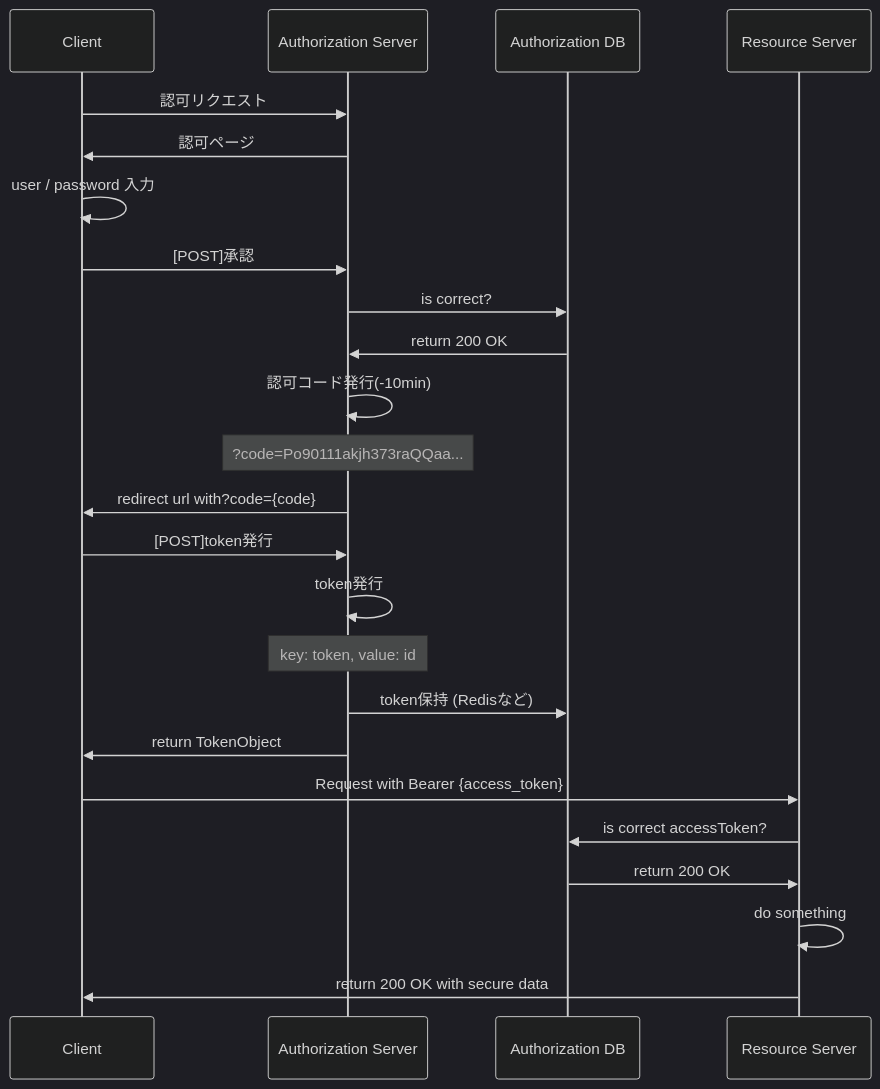
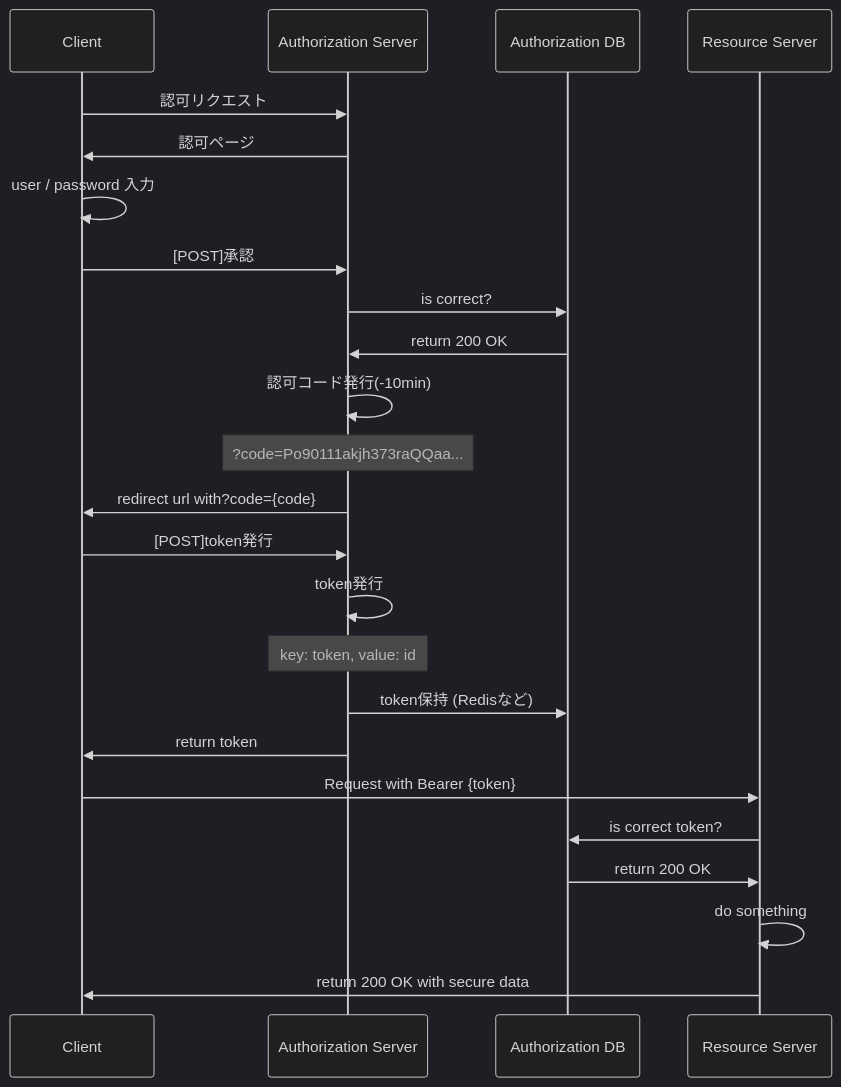
One commit to yutakasugiura/redis_learning changed the second of 2 diagrams in README.md. Above: the diagram before and after it, drawn with Mermaid (dark theme).

Commit message:
add: token

````diff
--- a/README.md
+++ b/README.md
@@ -104,27 +104,27 @@
 ```mermaid
 sequenceDiagram
   participant Client
   participant Auth as Authorization Server
   participant DB as Authorization DB
   participant Resource as Resource Server
 
   Client ->> Auth: 認可リクエスト
   Auth ->> Client: 認可ページ
   Client ->> Client: user / password 入力
   Client ->> Auth: [POST]承認
   Auth ->> DB: is correct?
   DB ->> Auth: return 200 OK
   Auth ->> Auth: 認可コード発行(-10min)
     note over Auth: ?code=Po90111akjh373raQQaa...
   Auth ->> Client: redirect url with?code={code}
   Client ->> Auth: [POST]token発行
   Auth ->> Auth: token発行
     note over Auth: key: token, value: id
   Auth ->> DB: token保持 (Redisなど)
-  Auth ->> Client: return TokenObject
-  Client ->> Resource: Request with Bearer {access_token}
-  Resource ->> DB: is correct accessToken?
+  Auth ->> Client: return token
+  Client ->> Resource: Request with Bearer {token}
+  Resource ->> DB: is correct token?
   DB ->> Resource: return 200 OK
   Resource ->> Resource: do something
   Resource ->> Client: return 200 OK with secure data
 ```
````
